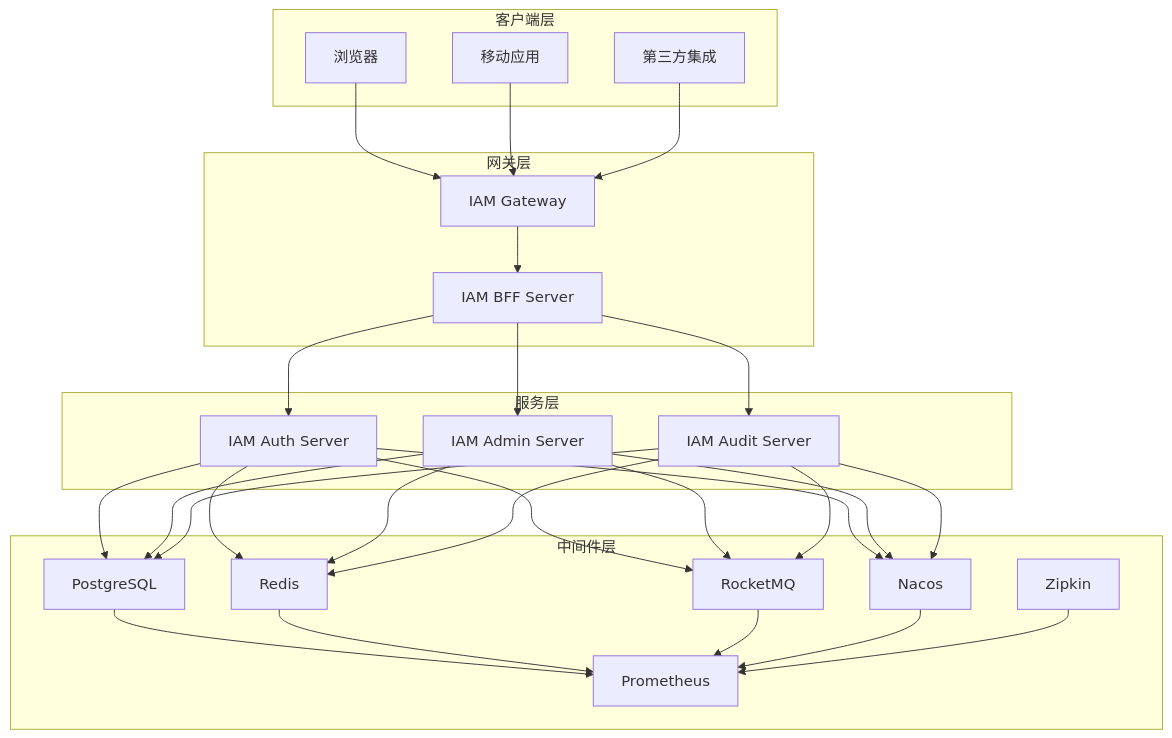
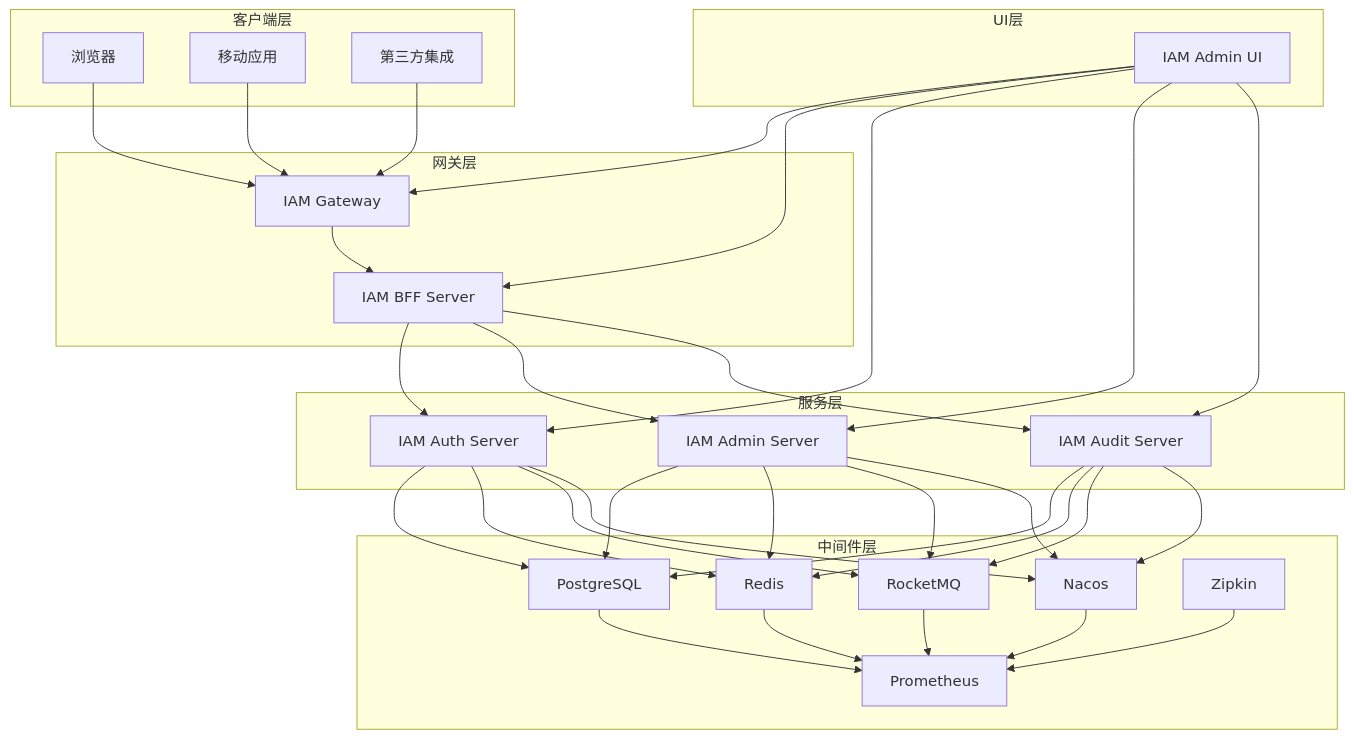
Before and after one commit to fq0121104930716/iam-platform: the second of 11 diagrams in .qoder/repowiki/zh/content/部署运维/Docker组合使用指南.md, drawn with Mermaid. The commit also changed other lines of this file and 6 other files, not shown here.

````diff
--- a/.qoder/repowiki/zh/content/部署运维/Docker组合使用指南.md
+++ b/.qoder/repowiki/zh/content/部署运维/Docker组合使用指南.md
@@ -131,49 +156,57 @@
 ```mermaid
 graph TB
 subgraph "客户端层"
 A[浏览器]
 B[移动应用]
 C[第三方集成]
 end
 subgraph "网关层"
 D[IAM Gateway]
 E[IAM BFF Server]
 end
 subgraph "服务层"
 F[IAM Auth Server]
 G[IAM Admin Server]
 H[IAM Audit Server]
 end
+subgraph "UI层"
+I[IAM Admin UI]
+end
 subgraph "中间件层"
-I[PostgreSQL]
-J[Redis]
-K[RocketMQ]
-L[Nacos]
-M[Prometheus]
-N[Zipkin]
+J[PostgreSQL]
+K[Redis]
+L[RocketMQ]
+M[Nacos]
+N[Prometheus]
+O[Zipkin]
 end
 A --> D
 B --> D
 C --> D
 D --> E
 E --> F
 E --> G
 E --> H
-F --> I
 F --> J
 F --> K
 F --> L
-G --> I
+F --> M
 G --> J
 G --> K
 G --> L
-H --> I
+G --> M
 H --> J
 H --> K
 H --> L
-I --> M
-J --> M
-K --> M
-L --> M
-N --> M
+H --> M
+I --> D
+I --> E
+I --> F
+I --> G
+I --> H
+J --> N
+K --> N
+L --> N
+M --> N
+O --> N
 ```
````
